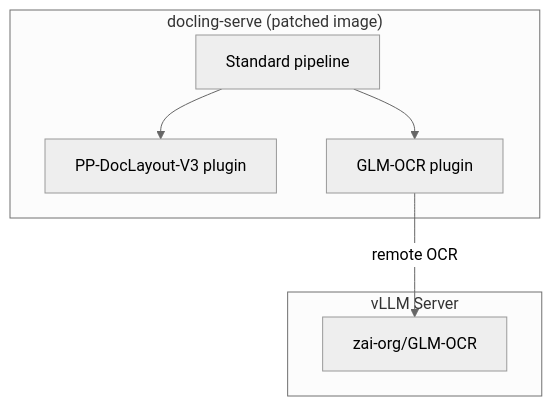
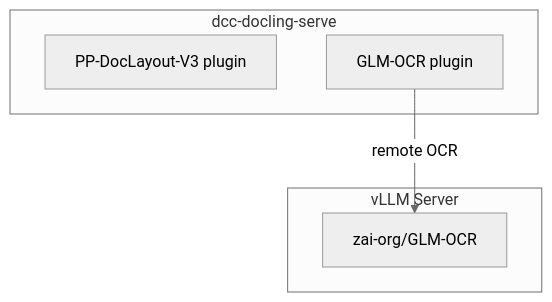
The diagram in README.md (DCC-BS/bentoml-ocr), drawn with Mermaid (neutral theme) before and after one commit. The commit also changed other lines of this file and 1 other file, not shown here.

````diff
--- a/README.md
+++ b/README.md
@@ -22,16 +22,13 @@
 ```mermaid
 flowchart TD
-    subgraph doclingServe ["docling-serve (patched image)"]
-        STD["Standard pipeline"]
+    subgraph doclingServe ["dcc-docling-serve"]
         LP["PP-DocLayout-V3 plugin"]
         OP["GLM-OCR plugin"]
-        STD --> LP
-        STD --> OP
     end
 
     subgraph vllmServer [vLLM Server]
         GLMOCR["zai-org/GLM-OCR"]
     end
 
     OP -- "remote OCR" --> GLMOCR
 ```
````
